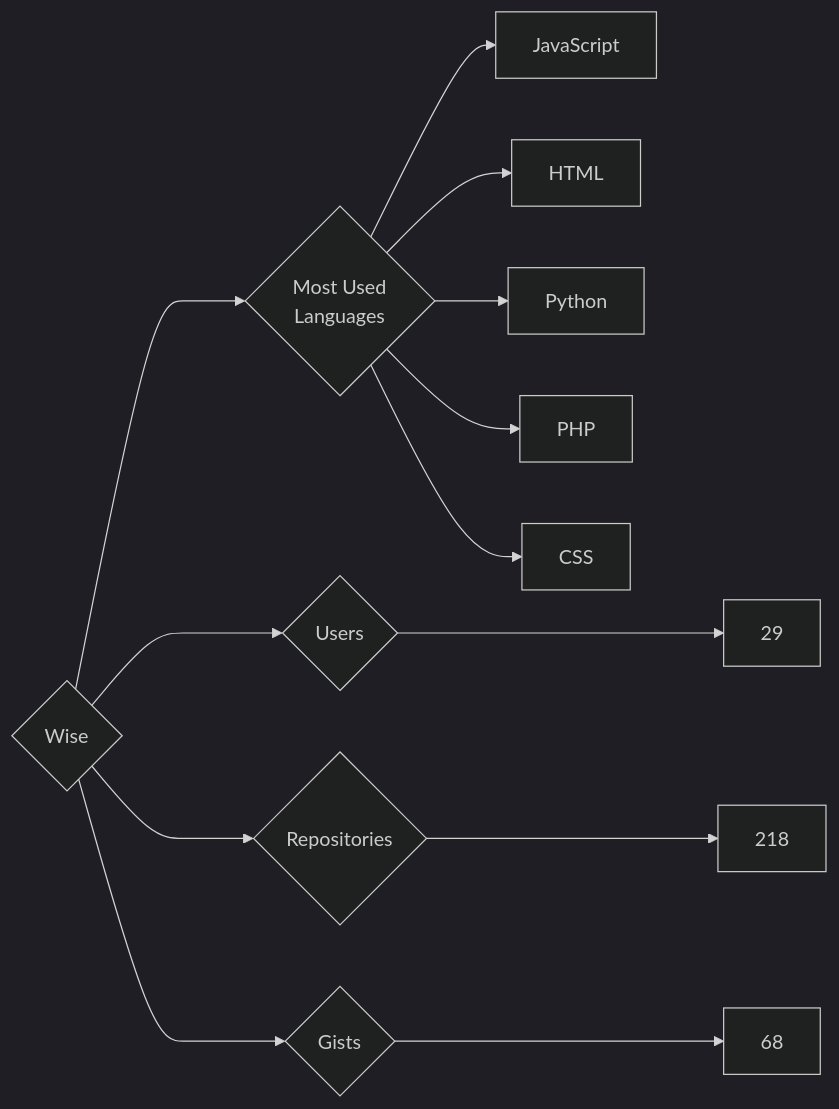
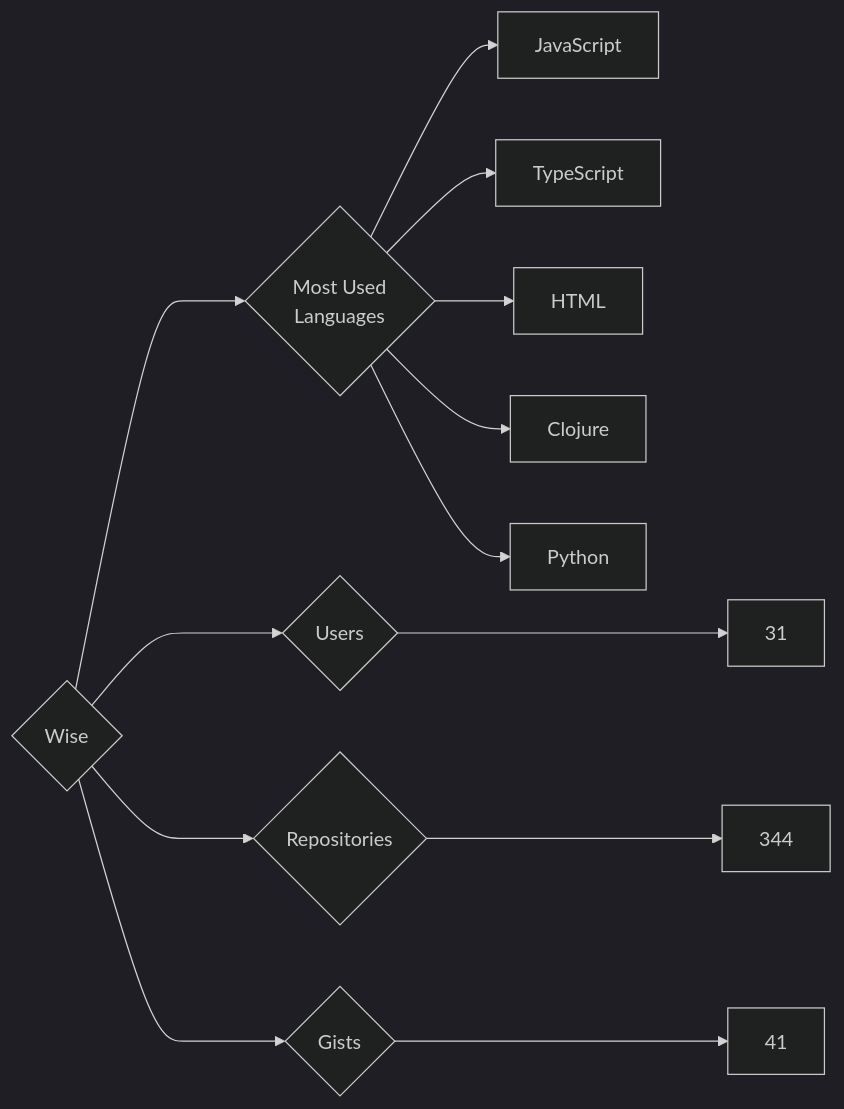
Before and after one commit to trickest/insiders: the diagram in targets/Wise/README.md, drawn with Mermaid (dark theme). The commit also changed 765 other files, not shown here.

````diff
--- a/targets/Wise/README.md
+++ b/targets/Wise/README.md
@@ -3,13 +3,13 @@
 ```mermaid
 graph LR
 COMPANY_NAME{Wise}
-COMPANY_NAME ---> U{Users} ---> UN[29]
-COMPANY_NAME ---> R{Repositories} ---> RN[218]
-COMPANY_NAME ---> G{Gists} ---> GN[68]
+COMPANY_NAME ---> U{Users} ---> UN[31]
+COMPANY_NAME ---> R{Repositories} ---> RN[344]
+COMPANY_NAME ---> G{Gists} ---> GN[41]
 COMPANY_NAME ---> ML{Most Used<br>Languages}
 ML --> JavaScript[JavaScript]
+ML --> TypeScript[TypeScript]
 ML --> HTML[HTML]
+ML --> Clojure[Clojure]
 ML --> Python[Python]
-ML --> PHP[PHP]
-ML --> CSS[CSS]
 ```
````
